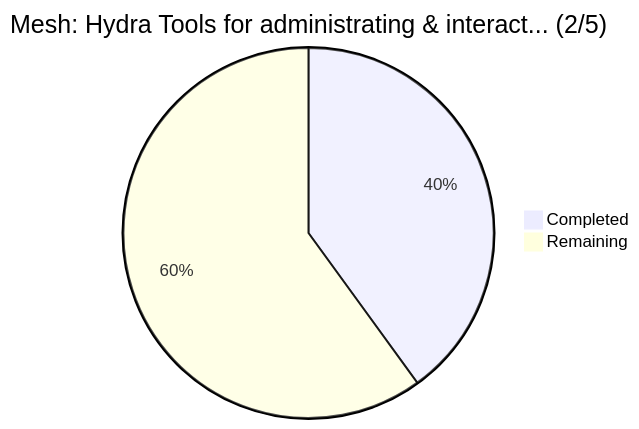
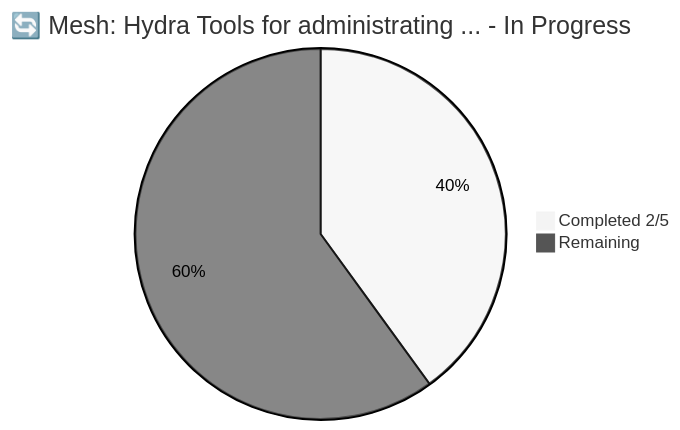
The eighth of 10 diagrams in README.md (Andre-Diamond/test), drawn with Mermaid before and after one commit. The commit also changed other lines of this file, not shown here.

Commit message:
Update MeshJS Catalyst Projects README

````diff
--- a/README.md
+++ b/README.md
@@ -165,5 +223,7 @@
 ```mermaid
-pie title Mesh: Hydra Tools for administrating & interact... (2/5)
-    "Completed" : 2
+%%{init: {'theme':'neutral'}}%%
+pie
+    title 🔄 Mesh: Hydra Tools for administrating ... - In Progress
+    "Completed 2/5" : 2
     "Remaining" : 3
 ```
````
